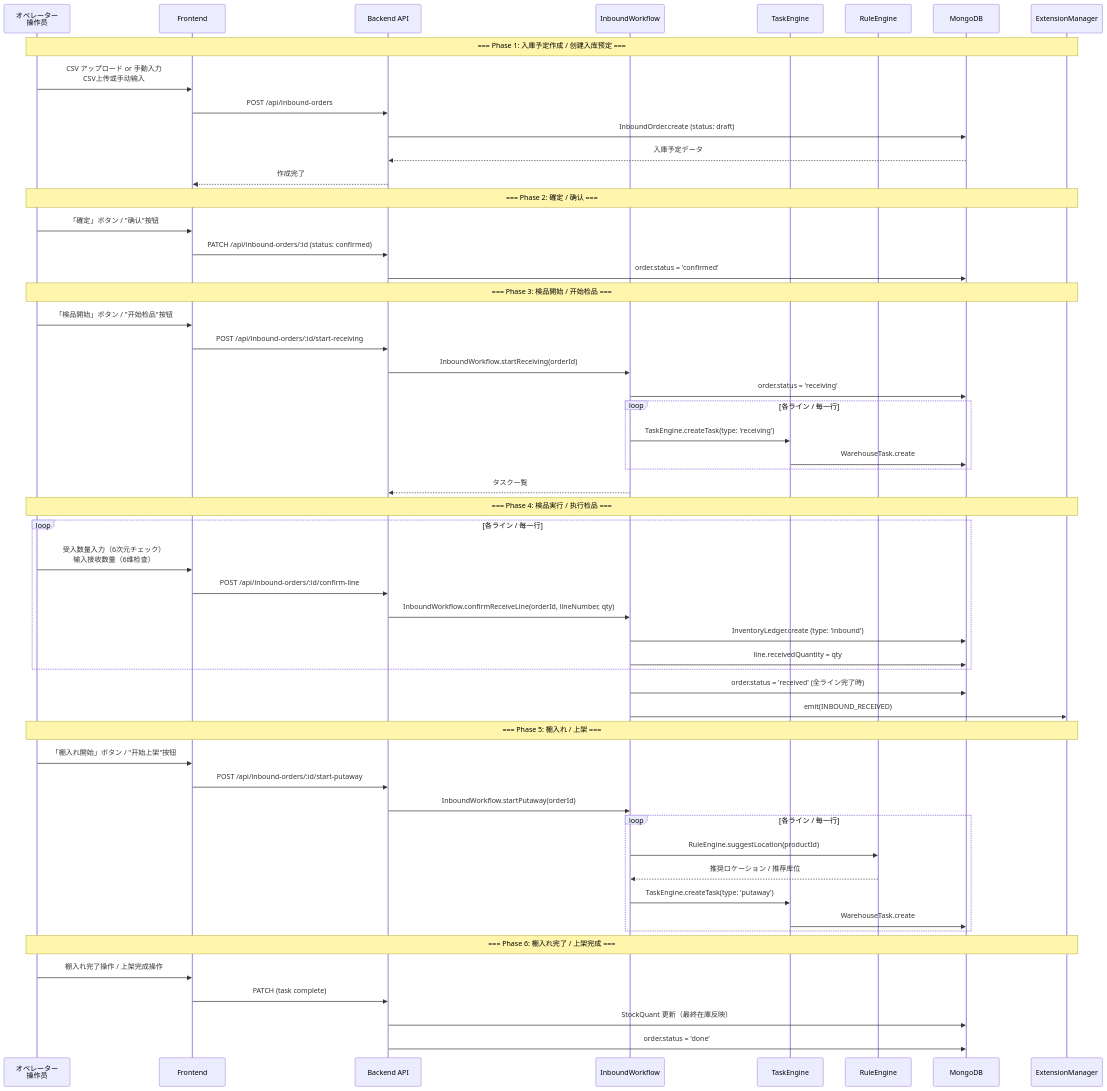
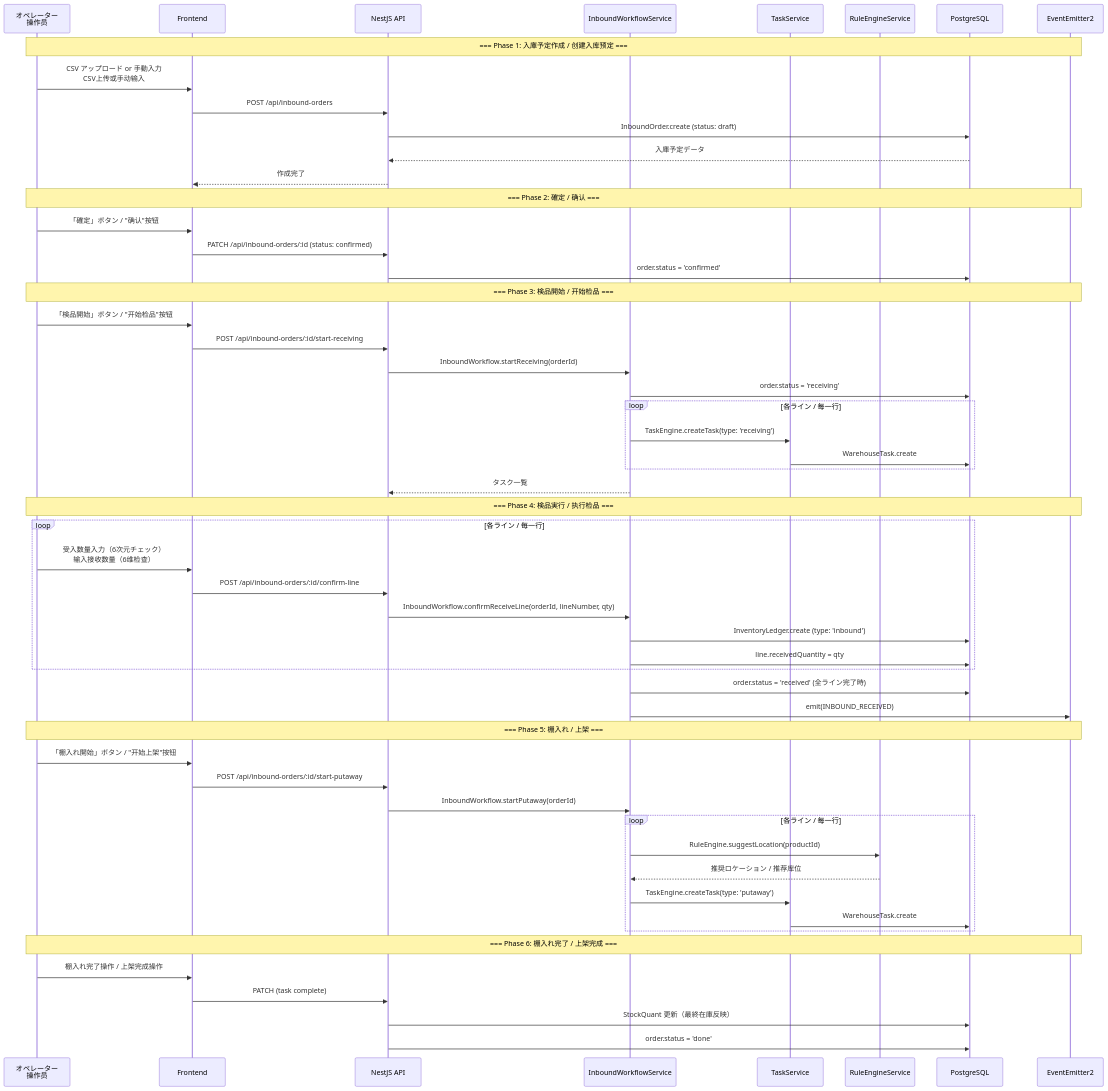
Before and after one commit to chinkin666/ZELIXWMS: the third of 12 diagrams in docs/design/01-business-flow.md, drawn with Mermaid. The commit also changed other lines of this file and 18 other files, not shown here.

````diff
--- a/docs/design/01-business-flow.md
+++ b/docs/design/01-business-flow.md
@@ -96,68 +96,68 @@
 ```mermaid
 sequenceDiagram
     participant OP as オペレーター<br>操作员
     participant FE as Frontend
-    participant API as Backend API
-    participant WF as InboundWorkflow
-    participant TE as TaskEngine
-    participant RE as RuleEngine
-    participant DB as MongoDB
-    participant EXT as ExtensionManager
+    participant API as NestJS API
+    participant WF as InboundWorkflowService
+    participant TE as TaskService
+    participant RE as RuleEngineService
+    participant DB as PostgreSQL
+    participant EXT as EventEmitter2
 
     Note over OP,EXT: === Phase 1: 入庫予定作成 / 创建入库预定 ===
 
     OP->>FE: CSV アップロード or 手動入力<br>CSV上传或手动输入
     FE->>API: POST /api/inbound-orders
     API->>DB: InboundOrder.create (status: draft)
     DB-->>API: 入庫予定データ
     API-->>FE: 作成完了
 
     Note over OP,EXT: === Phase 2: 確定 / 确认 ===
 
     OP->>FE: 「確定」ボタン / "确认"按钮
     FE->>API: PATCH /api/inbound-orders/:id (status: confirmed)
     API->>DB: order.status = 'confirmed'
 
     Note over OP,EXT: === Phase 3: 検品開始 / 开始检品 ===
 
     OP->>FE: 「検品開始」ボタン / "开始检品"按钮
     FE->>API: POST /api/inbound-orders/:id/start-receiving
     API->>WF: InboundWorkflow.startReceiving(orderId)
     WF->>DB: order.status = 'receiving'
     loop 各ライン / 每一行
         WF->>TE: TaskEngine.createTask(type: 'receiving')
         TE->>DB: WarehouseTask.create
     end
     WF-->>API: タスク一覧
 
     Note over OP,EXT: === Phase 4: 検品実行 / 执行检品 ===
 
     loop 各ライン / 每一行
         OP->>FE: 受入数量入力（6次元チェック）<br>输入接收数量（6维检查）
         FE->>API: POST /api/inbound-orders/:id/confirm-line
         API->>WF: InboundWorkflow.confirmReceiveLine(orderId, lineNumber, qty)
         WF->>DB: InventoryLedger.create (type: 'inbound')
         WF->>DB: line.receivedQuantity = qty
     end
     WF->>DB: order.status = 'received' (全ライン完了時)
     WF->>EXT: emit(INBOUND_RECEIVED)
 
     Note over OP,EXT: === Phase 5: 棚入れ / 上架 ===
 
     OP->>FE: 「棚入れ開始」ボタン / "开始上架"按钮
     FE->>API: POST /api/inbound-orders/:id/start-putaway
     API->>WF: InboundWorkflow.startPutaway(orderId)
     loop 各ライン / 每一行
         WF->>RE: RuleEngine.suggestLocation(productId)
         RE-->>WF: 推奨ロケーション / 推荐库位
         WF->>TE: TaskEngine.createTask(type: 'putaway')
         TE->>DB: WarehouseTask.create
     end
 
     Note over OP,EXT: === Phase 6: 棚入れ完了 / 上架完成 ===
 
     OP->>FE: 棚入れ完了操作 / 上架完成操作
     FE->>API: PATCH (task complete)
     API->>DB: StockQuant 更新（最終在庫反映）
     API->>DB: order.status = 'done'
 ```
````
